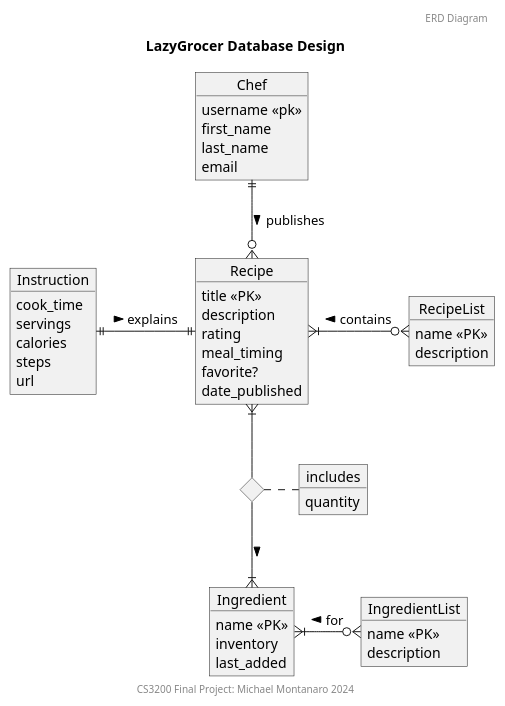
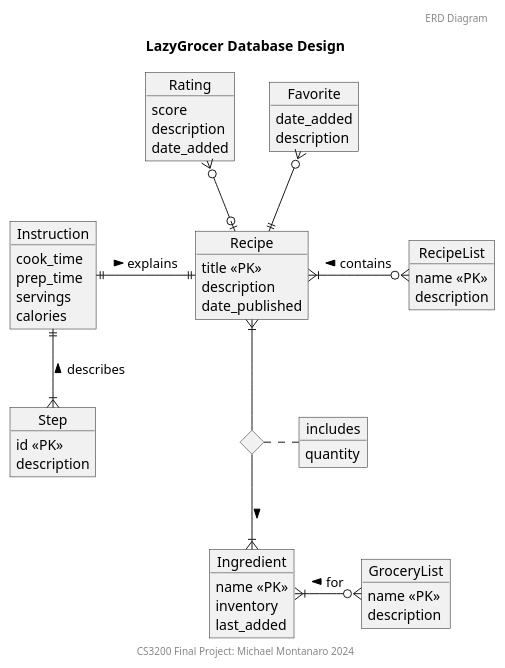
The diagram in docs/plantuml/erd.wsd (montymi/LazyGrocer), drawn with PlantUML before and after one commit. The commit also changed 1 other file, not shown here.

Commit message:
updates to erd

```diff
--- a/docs/plantuml/erd.wsd
+++ b/docs/plantuml/erd.wsd
@@ -1,60 +1,67 @@
 @startuml LazyGrozerERDdiagram
 
 header ERD Diagram
 title LazyGrocer Database Design
 footer CS3200 Final Project: Michael Montanaro 2024
 
 object Recipe {
     title <<PK>> 
     description
-    rating
-    meal_timing
-    favorite?
     date_published
+}
+
+object Rating {
+    score 
+    description
+    date_added
+}
+
+object Favorite {
+    date_added
+    description
 }
 
 object RecipeList {
     name <<PK>>
     description
 }
 
 object Instruction {
     cook_time
+    prep_time
     servings
     calories
-    steps
-    url
+}
+
+object Step {
+    id <<PK>>
+    description
 }
 
 object Ingredient {
     name <<PK>>
     inventory
     last_added
 }
 
-object IngredientList {
+object GroceryList {
     name <<PK>>
     description
-}
-
-object Chef {
-    username <<pk>>
-    first_name
-    last_name
-    email
 }
 
 object includes {
     quantity
 }
 diamond DIncludes
 
+Rating }o--o| Recipe 
+Favorite }o--|| Recipe 
 Recipe }|-- DIncludes
 DIncludes --|{ Ingredient: >
 DIncludes . includes
 Recipe }|-o{ RecipeList: contains <
-Ingredient }|-o{ IngredientList: for <
-Chef ||--o{ Recipe: publishes >
+Ingredient }|-o{ GroceryList: for <
 Instruction ||-|| Recipe: explains >
+Instruction ||--|{ Step: describes <
 
 @enduml
```
